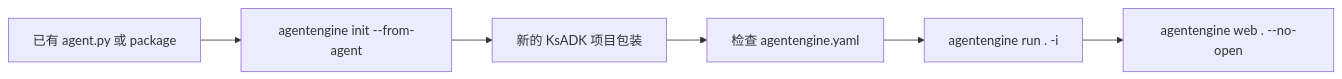
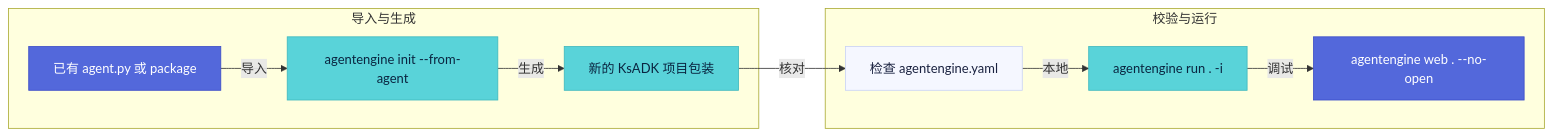
One commit to kingsoftcloud/ksadk-python changed the diagram in docs-site/content/docs/framework/tutorials/existing-agent.mdx. Above: the diagram before and after it, drawn with Mermaid. The commit also changed 33 other files, not shown here.

````diff
--- a/docs-site/content/docs/framework/tutorials/existing-agent.mdx
+++ b/docs-site/content/docs/framework/tutorials/existing-agent.mdx
@@ -11,8 +11,26 @@
 ```mermaid
 flowchart LR
-  Source["已有 agent.py 或 package"] --> Import["agentengine init --from-agent"]
-  Import --> Wrapper["新的 KsADK 项目包装"]
-  Wrapper --> Review["检查 agentengine.yaml"]
-  Review --> Run["agentengine run . -i"]
-  Run --> Web["agentengine web . --no-open"]
+  Source["已有 agent.py 或 package"] -->|导入| Import["agentengine init --from-agent"]
+  Import -->|生成| Wrapper["新的 KsADK 项目包装"]
+  Wrapper -->|核对| Review["检查 agentengine.yaml"]
+  Review -->|本地| Run["agentengine run . -i"]
+  Run -->|调试| Web["agentengine web . --no-open"]
+
+  subgraph import["导入与生成"]
+    Source
+    Import
+    Wrapper
+  end
+  subgraph verify["校验与运行"]
+    Review
+    Run
+    Web
+  end
+
+  classDef brand fill:#5368db,stroke:#3b4cc7,color:#fff
+  classDef accent fill:#59d3d9,stroke:#3fb8be,color:#0a2540
+  classDef neutral fill:#f5f7ff,stroke:#c9d2f5,color:#1a2240
+  class Source,Web brand
+  class Import,Wrapper,Run accent
+  class Review neutral
 ```
````
